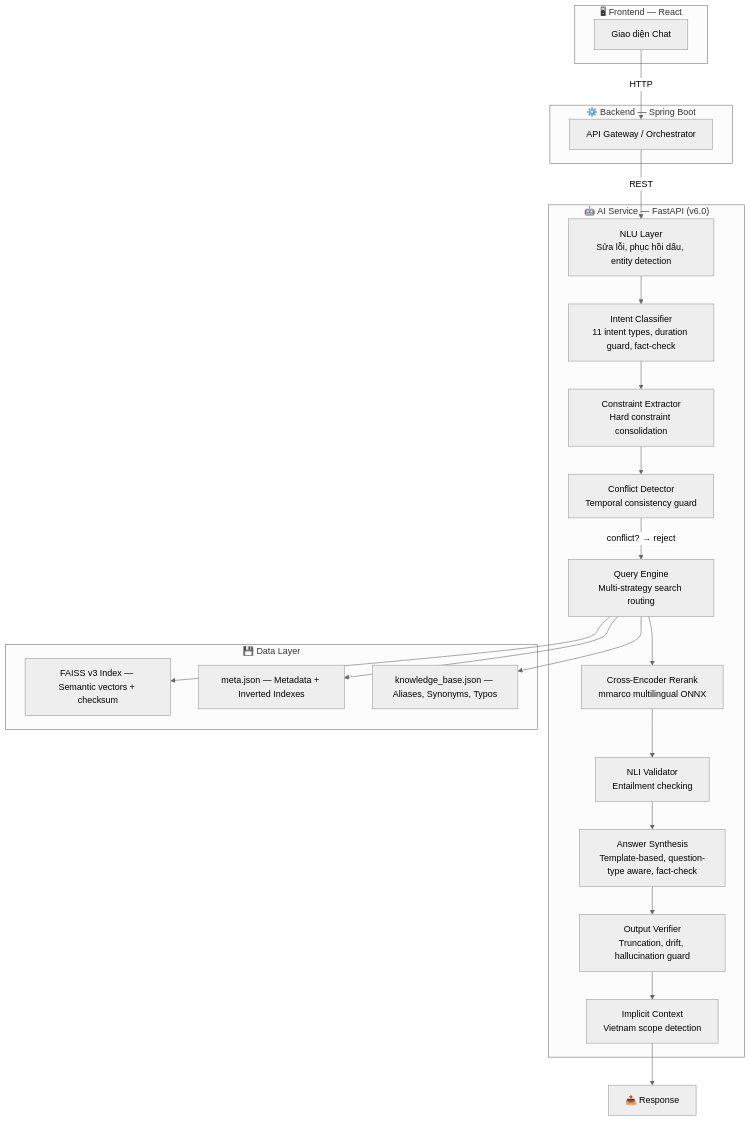
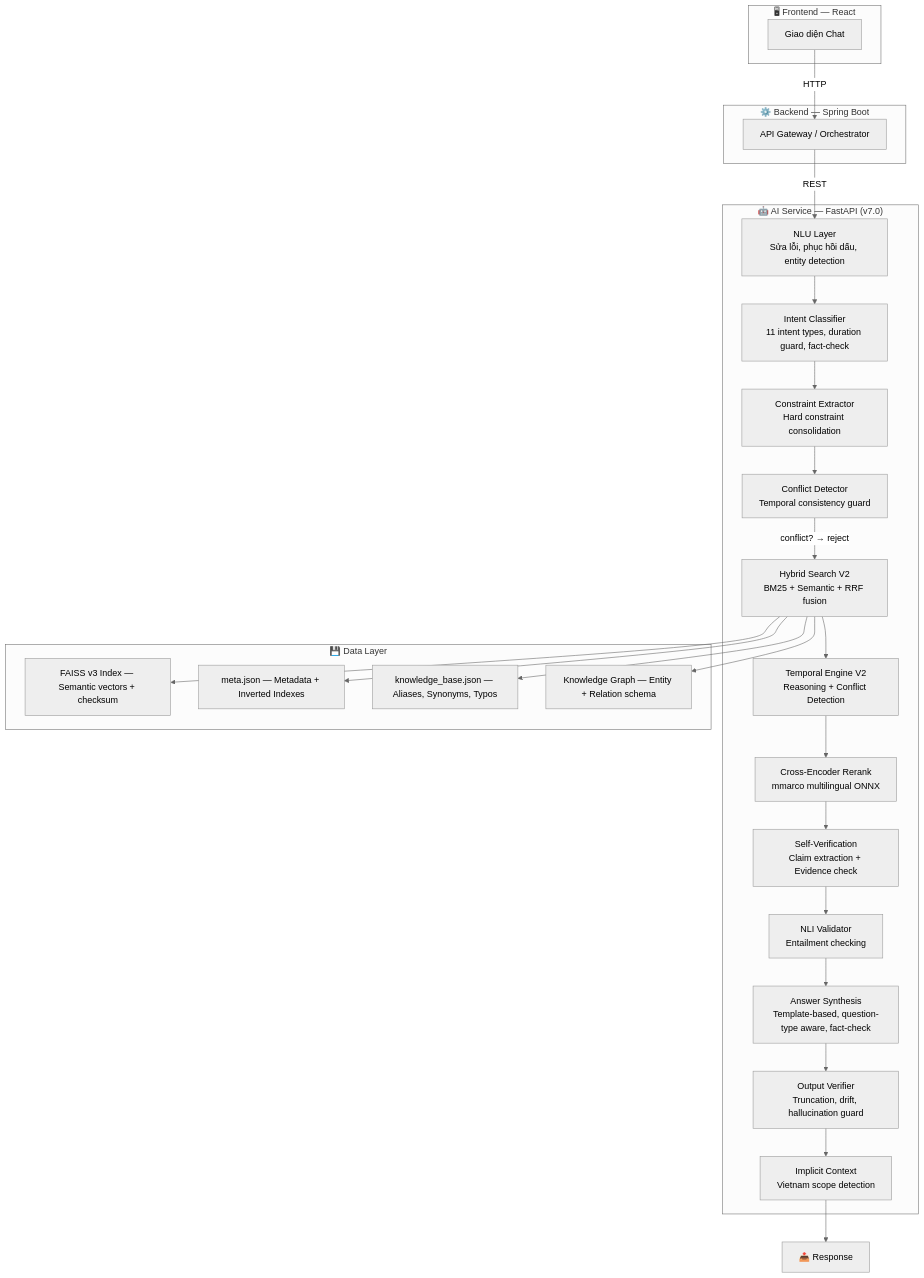
The first of 3 diagrams in README.md (HistoryMindAI/vietnam_history_dataset), drawn with Mermaid (neutral theme) before and after one commit. The commit also changed other lines of this file and 2 other files, not shown here.

Commit message:
fix: RESISTANCE_SYNONYMS mock data + update README v7.0 + rebuild FAISS
- Fixed test_resistance_expansion: test_enterprise_levels.py was setting
  RESISTANCE_SYNONYMS with boolean True values instead of list values,
  polluting global state (isinstance(True, list) → False → empty result)
- Updated README.md to v7.0: new architecture diagram with Hybrid V2,
  Temporal V2, Self-Verification, Knowledge Graph layers
- Rebuilt FAISS index from HuggingFace (1M samples → 68 vectors)
- All 841 tests passing, 0 failures

````diff
--- a/README.md
+++ b/README.md
@@ -80,43 +81,48 @@
 ```mermaid
 graph TD
     subgraph "🖥 Frontend — React"
         A["Giao diện Chat"]
     end
 
     subgraph "⚙️ Backend — Spring Boot"
         B["API Gateway / Orchestrator"]
     end
 
-    subgraph "🤖 AI Service — FastAPI (v6.0)"
+    subgraph "🤖 AI Service — FastAPI (v7.0)"
         NLU["NLU Layer<br/>Sửa lỗi, phục hồi dấu, entity detection"]
         IC["Intent Classifier<br/>11 intent types, duration guard, fact-check"]
         CE_EXT["Constraint Extractor<br/>Hard constraint consolidation"]
         CD["Conflict Detector<br/>Temporal consistency guard"]
-        ENGINE["Query Engine<br/>Multi-strategy search routing"]
+        ENGINE["Hybrid Search V2<br/>BM25 + Semantic + RRF fusion"]
+        TE["Temporal Engine V2<br/>Reasoning + Conflict Detection"]
         CE["Cross-Encoder Rerank<br/>mmarco multilingual ONNX"]
+        SV["Self-Verification<br/>Claim extraction + Evidence check"]
         NLI["NLI Validator<br/>Entailment checking"]
         AS["Answer Synthesis<br/>Template-based, question-type aware, fact-check"]
         GR["Output Verifier<br/>Truncation, drift, hallucination guard"]
         CTX["Implicit Context<br/>Vietnam scope detection"]
     end
 
     subgraph "💾 Data Layer"
         D1["FAISS v3 Index — Semantic vectors + checksum"]
         D2["meta.json — Metadata + Inverted Indexes"]
         D3["knowledge_base.json — Aliases, Synonyms, Typos"]
+        KG["Knowledge Graph — Entity + Relation schema"]
     end
 
     A -- "HTTP" --> B
     B -- "REST" --> NLU
     NLU --> IC
     IC --> CE_EXT
     CE_EXT --> CD
     CD -->|"conflict? → reject"| ENGINE
-    ENGINE --> D1 & D2 & D3
-    ENGINE --> CE
-    CE --> NLI
+    ENGINE --> D1 & D2 & D3 & KG
+    ENGINE --> TE
+    TE --> CE
+    CE --> SV
+    SV --> NLI
     NLI --> AS
     AS --> GR
     GR --> CTX
     CTX --> FORMAT["📤 Response"]
 ```
````
